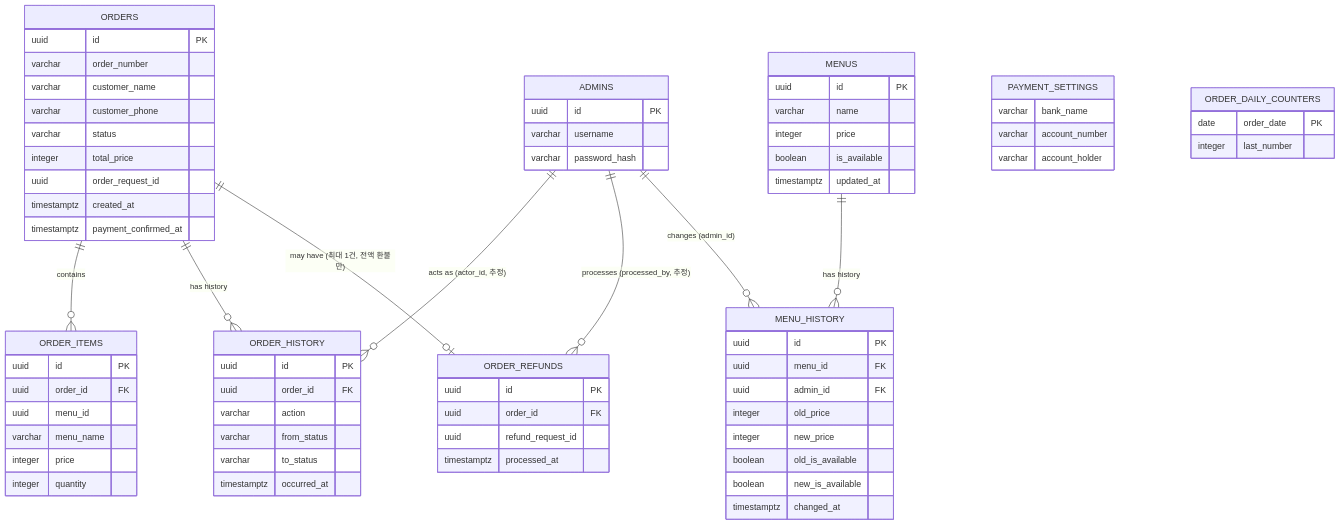
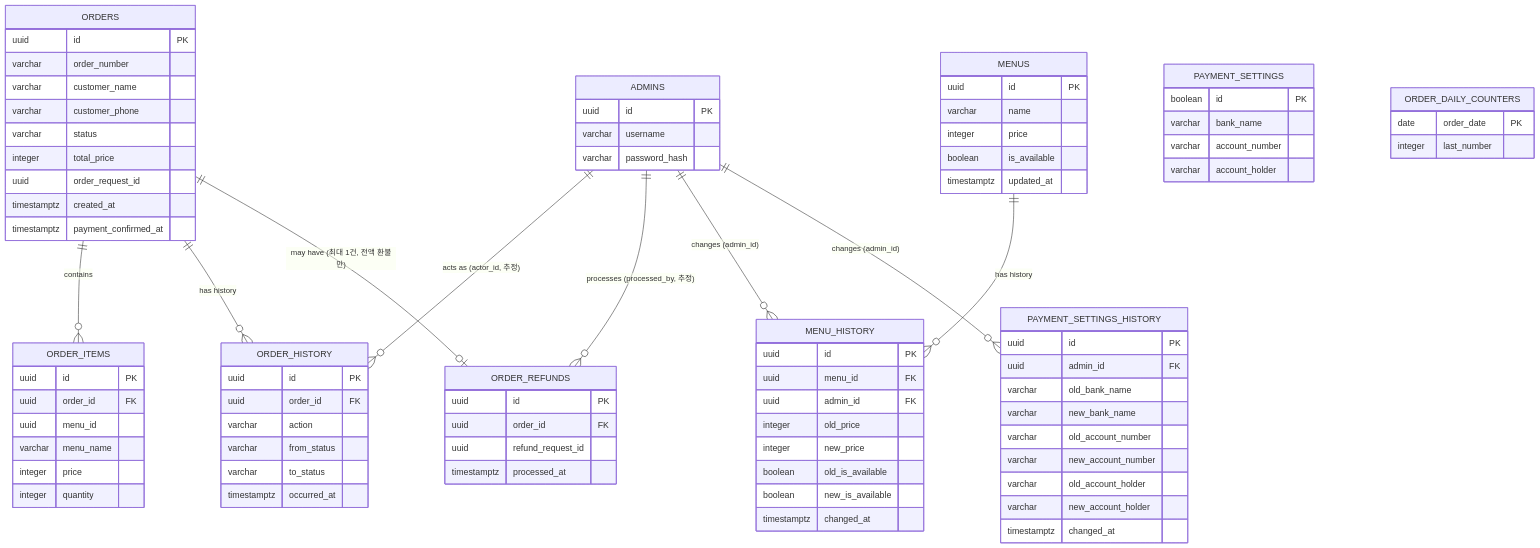
One commit to hwahwahwan/2026_ANU_Festival changed the diagram in docs/04_DB스키마.md. Above: the diagram before and after it, drawn with Mermaid. The commit also changed other lines of this file and 20 other files, not shown here.

```diff
--- a/docs/04_DB스키마.md
+++ b/docs/04_DB스키마.md
@@ -226,6 +271,7 @@
     ADMINS ||--o{ ORDER_REFUNDS : "processes (processed_by, 추정)"
     MENUS ||--o{ MENU_HISTORY : "has history"
     ADMINS ||--o{ MENU_HISTORY : "changes (admin_id)"
+    ADMINS ||--o{ PAYMENT_SETTINGS_HISTORY : "changes (admin_id)"
 
     ORDERS {
         uuid id PK
@@ -290,9 +336,22 @@
     }
 
     PAYMENT_SETTINGS {
+        boolean id PK
         varchar bank_name
         varchar account_number
         varchar account_holder
+    }
+
+    PAYMENT_SETTINGS_HISTORY {
+        uuid id PK
+        uuid admin_id FK
+        varchar old_bank_name
+        varchar new_bank_name
+        varchar old_account_number
+        varchar new_account_number
+        varchar old_account_holder
+        varchar new_account_holder
+        timestamptz changed_at
     }
 
     ORDER_DAILY_COUNTERS {
```
